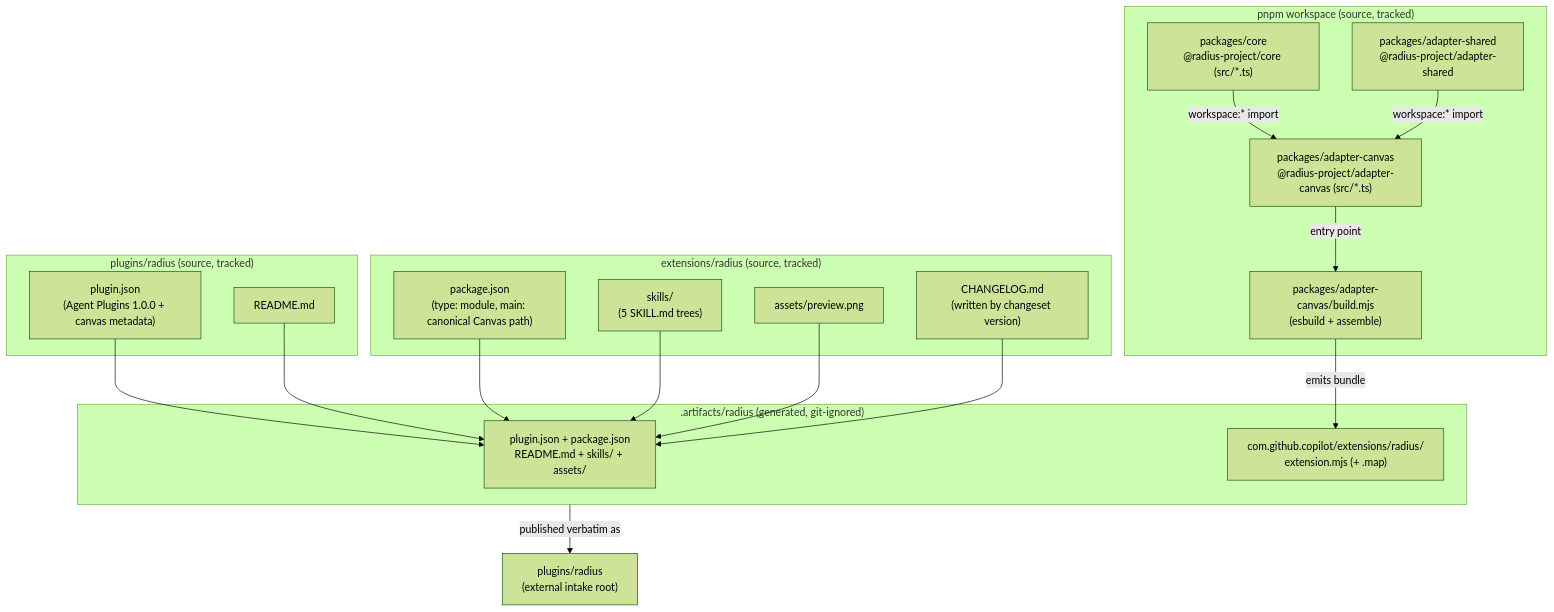
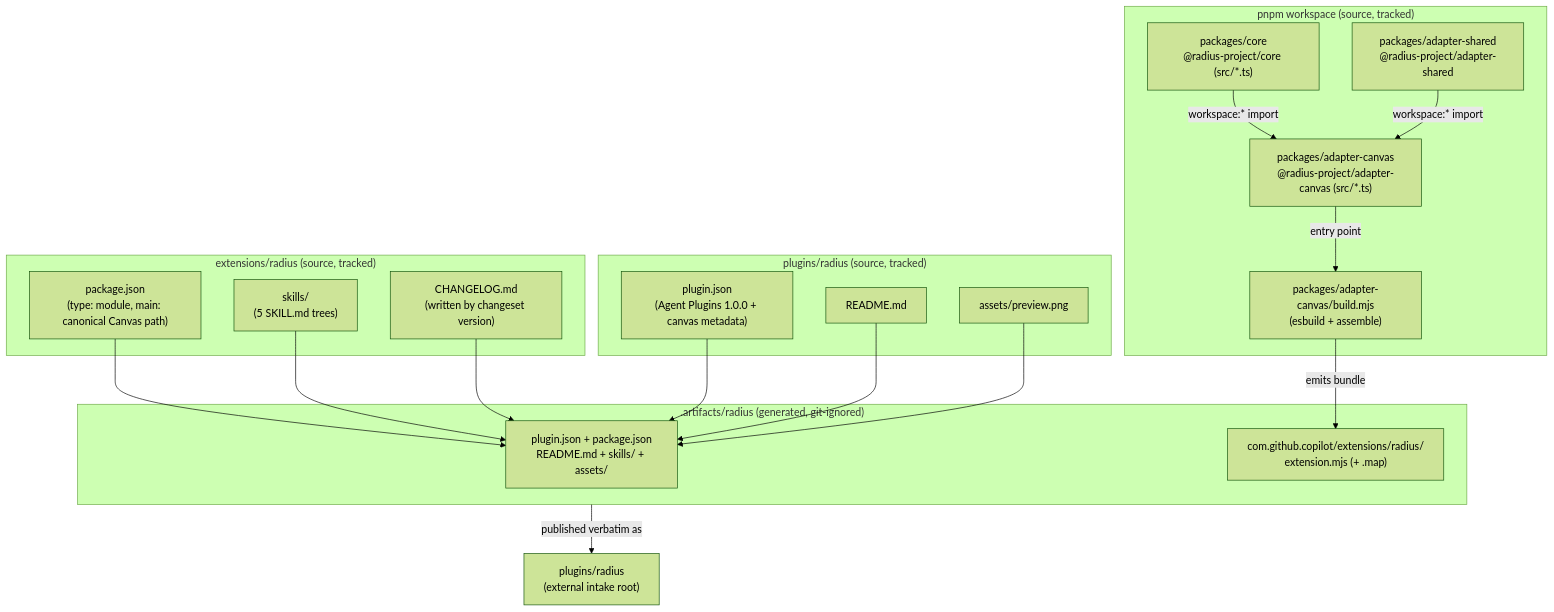
The first of 2 diagrams in docs/architecture/plugin-packaging-and-publishing.md (radius-project/ai-extensions), drawn with Mermaid (forest theme) before and after one commit. The commit also changed other lines of this file and 7 other files, not shown here.

````diff
--- a/docs/architecture/plugin-packaging-and-publishing.md
+++ b/docs/architecture/plugin-packaging-and-publishing.md
@@ -5,38 +5,38 @@
 ```mermaid
 graph TD
     subgraph Workspace["pnpm workspace (source, tracked)"]
         Core["packages/core<br/>@radius-project/core (src/*.ts)"]
         Shared["packages/adapter-shared<br/>@radius-project/adapter-shared"]
         Canvas["packages/adapter-canvas<br/>@radius-project/adapter-canvas (src/*.ts)"]
         Build["packages/adapter-canvas/build.mjs<br/>(esbuild + assemble)"]
     end
 
     subgraph PluginSrc["plugins/radius (source, tracked)"]
         Manifest["plugin.json<br/>(Agent Plugins 1.0.0 + canvas metadata)"]
         Readme["README.md"]
+        Assets["assets/preview.png"]
     end
 
     subgraph ExtSrc["extensions/radius (source, tracked)"]
         Pkg["package.json<br/>(type: module, main: canonical Canvas path)"]
         Skills["skills/<br/>(5 SKILL.md trees)"]
-        Assets["assets/preview.png"]
         Changelog["CHANGELOG.md<br/>(written by changeset version)"]
     end
 
     subgraph Dist[".artifacts/radius (generated, git-ignored)"]
         DistAll["plugin.json + package.json<br/>README.md + skills/ + assets/"]
         CanvasEntry["com.github.copilot/extensions/radius/<br/>extension.mjs (+ .map)"]
     end
 
     Core -->|workspace:* import| Canvas
     Shared -->|workspace:* import| Canvas
     Canvas -->|entry point| Build
     Build -->|emits bundle| CanvasEntry
     Manifest --> DistAll
     Readme --> DistAll
     Pkg --> DistAll
     Skills --> DistAll
     Assets --> DistAll
     Changelog --> DistAll
     Dist -->|published verbatim as| PluginPublished["plugins/radius<br/>(external intake root)"]
 ```
````
